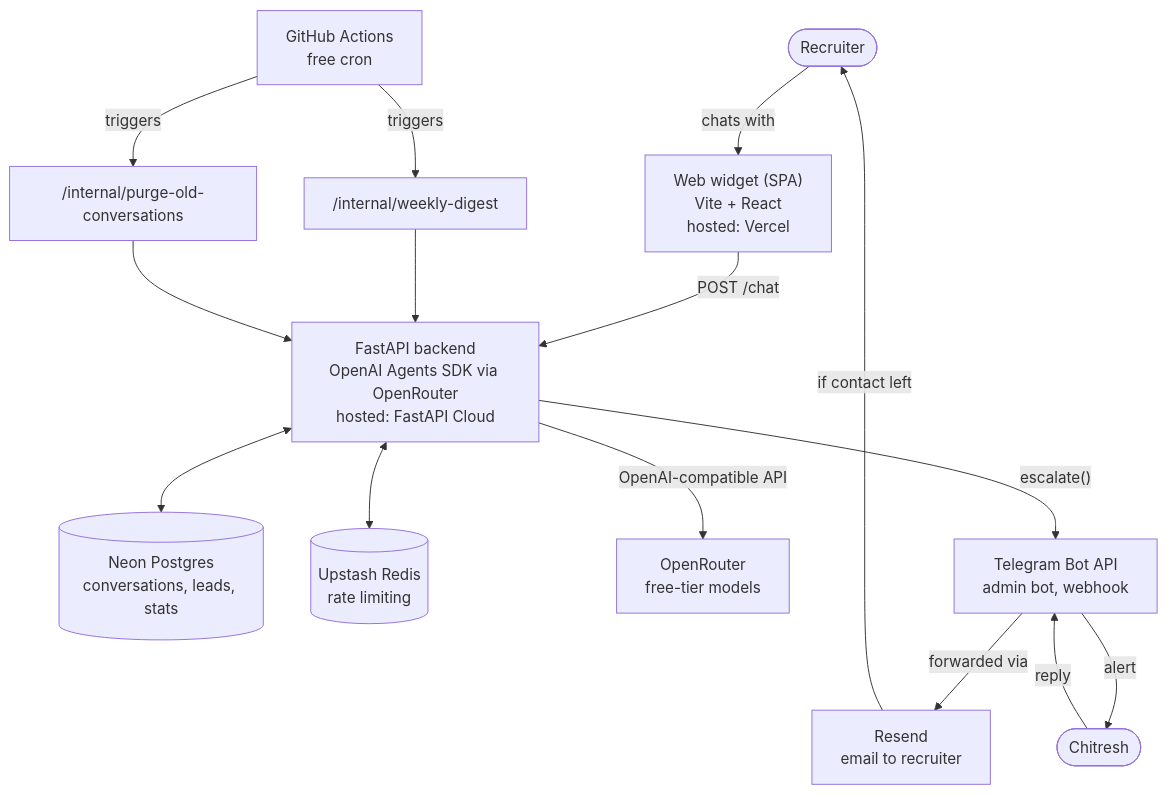
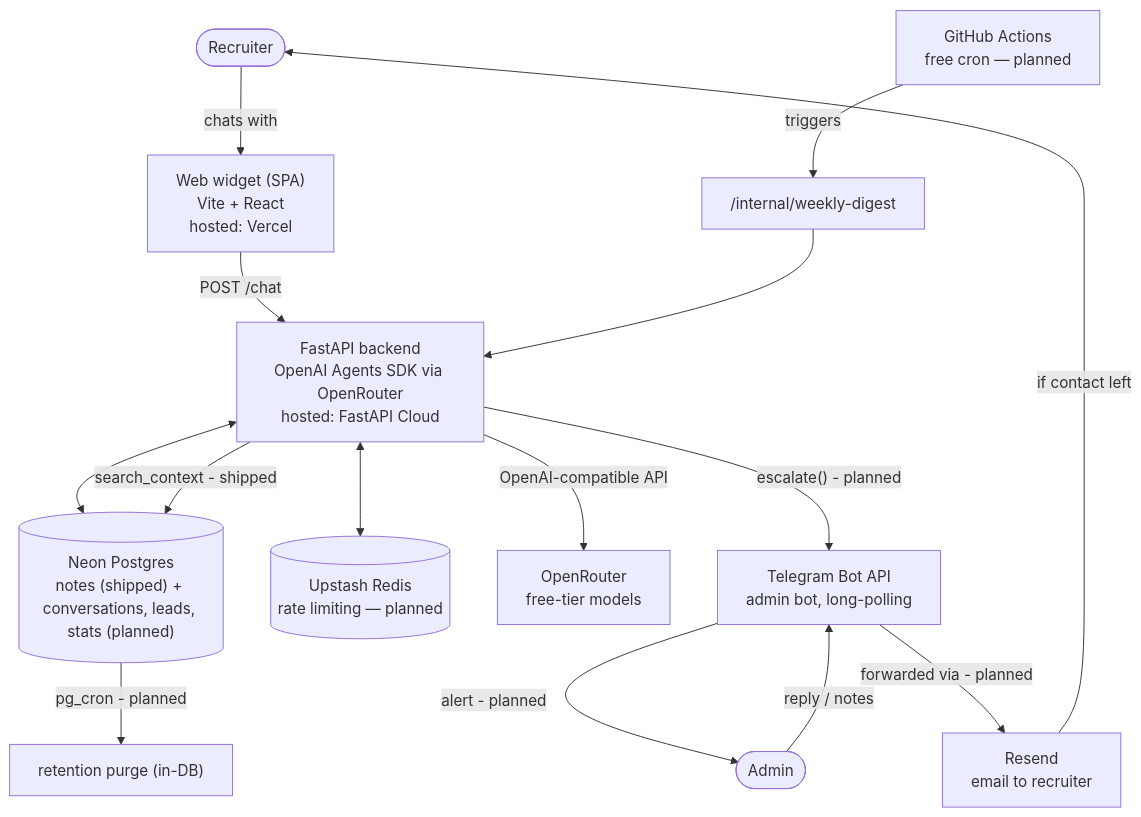
Before and after one commit to Chitresh-code/relay: the first of 2 diagrams in docs/ARCHITECTURE.md, drawn with Mermaid. The commit also changed other lines of this file and 4 other files, not shown here.

First line of the commit message:
Docs: scrub PII, mark shipped vs. planned, add prod-readiness plans (#7)

````diff
--- a/docs/ARCHITECTURE.md
+++ b/docs/ARCHITECTURE.md
@@ -7,20 +7,20 @@
 ```mermaid
 flowchart TD
     Recruiter([Recruiter]) -->|chats with| Widget["Web widget (SPA)<br/>Vite + React<br/>hosted: Vercel"]
     Widget -->|POST /chat| Backend["FastAPI backend<br/>OpenAI Agents SDK via OpenRouter<br/>hosted: FastAPI Cloud"]
 
-    Backend <--> DB[("Neon Postgres<br/>conversations, leads, stats")]
-    Backend <--> Redis[("Upstash Redis<br/>rate limiting")]
+    Backend <--> DB[("Neon Postgres<br/>notes (shipped) + conversations, leads, stats (planned)")]
+    Backend <--> Redis[("Upstash Redis<br/>rate limiting — planned")]
     Backend -->|OpenAI-compatible API| OpenRouter["OpenRouter<br/>free-tier models"]
 
-    Backend -->|"escalate()"| TG["Telegram Bot API<br/>admin bot, webhook"]
-    TG -->|alert| Chitresh([Chitresh])
-    Chitresh -->|reply| TG
-    TG -->|forwarded via| Resend["Resend<br/>email to recruiter"]
+    Backend -->|"escalate() - planned"| TG["Telegram Bot API<br/>admin bot, long-polling"]
+    Backend -->|"search_context - shipped"| DB
+    TG -->|alert - planned| Admin([Admin])
+    Admin -->|reply / notes| TG
+    TG -->|forwarded via - planned| Resend["Resend<br/>email to recruiter"]
     Resend -->|if contact left| Recruiter
 
-    Cron["GitHub Actions<br/>free cron"] -->|triggers| Digest["/internal/weekly-digest"]
-    Cron -->|triggers| Purge["/internal/purge-old-conversations"]
+    DB -->|"pg_cron - planned"| Purge["retention purge (in-DB)"]
+    Cron["GitHub Actions<br/>free cron — planned"] -->|triggers| Digest["/internal/weekly-digest"]
     Digest --> Backend
-    Purge --> Backend
 ```
````
